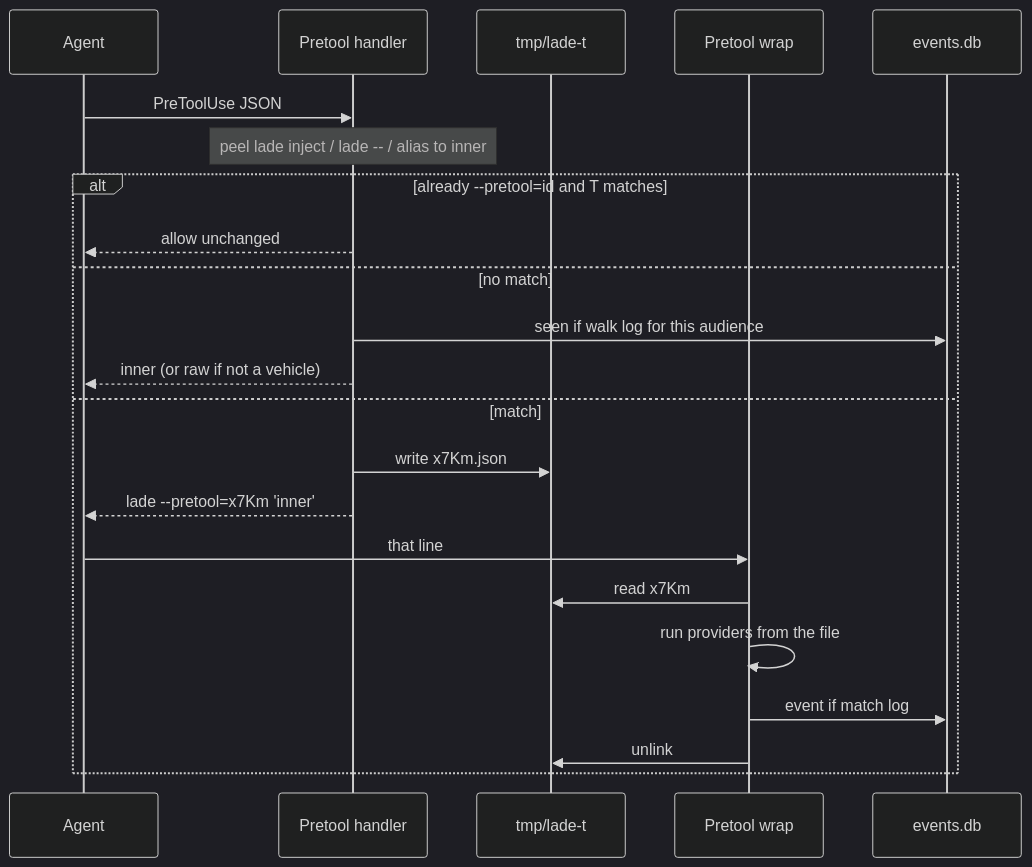
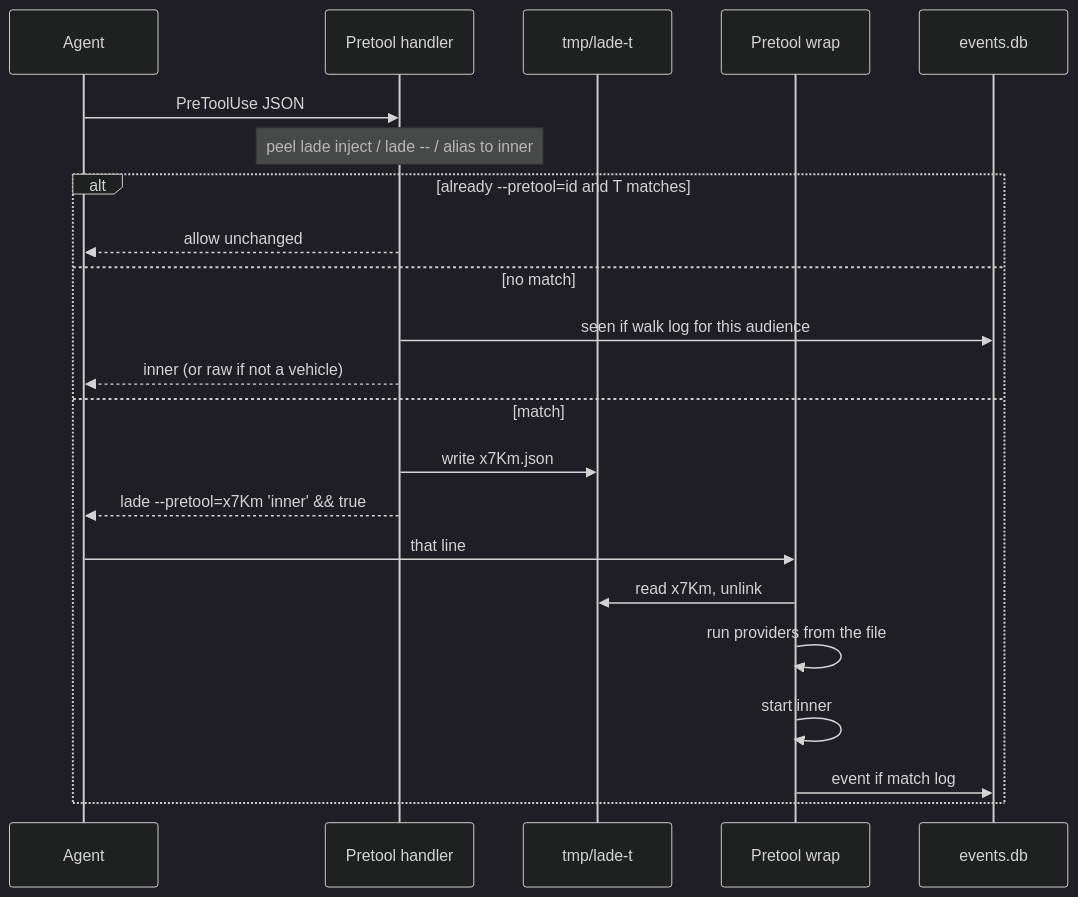
Before and after one commit to zifeo/lade: the first of 2 diagrams in docs/protocol.md, drawn with Mermaid (dark theme). The commit also changed other lines of this file and 110 other files, not shown here.

````diff
--- a/docs/protocol.md
+++ b/docs/protocol.md
@@ -48,25 +54,25 @@
 ```mermaid
 sequenceDiagram
     participant Agent
     participant Handler as Pretool handler
     participant Tmp as tmp/lade-t
     participant Wrap as Pretool wrap
     participant Db as events.db
 
     Agent->>Handler: PreToolUse JSON
     Note over Handler: peel lade inject / lade -- / alias to inner
     alt already --pretool=id and T matches
         Handler-->>Agent: allow unchanged
     else no match
         Handler->>Db: seen if walk log for this audience
         Handler-->>Agent: inner (or raw if not a vehicle)
     else match
         Handler->>Tmp: write x7Km.json
-        Handler-->>Agent: lade --pretool=x7Km 'inner'
+        Handler-->>Agent: lade --pretool=x7Km 'inner' && true
         Agent->>Wrap: that line
-        Wrap->>Tmp: read x7Km
+        Wrap->>Tmp: read x7Km, unlink
         Wrap->>Wrap: run providers from the file
+        Wrap->>Wrap: start inner
         Wrap->>Db: event if match log
-        Wrap->>Tmp: unlink
     end
 ```
````
